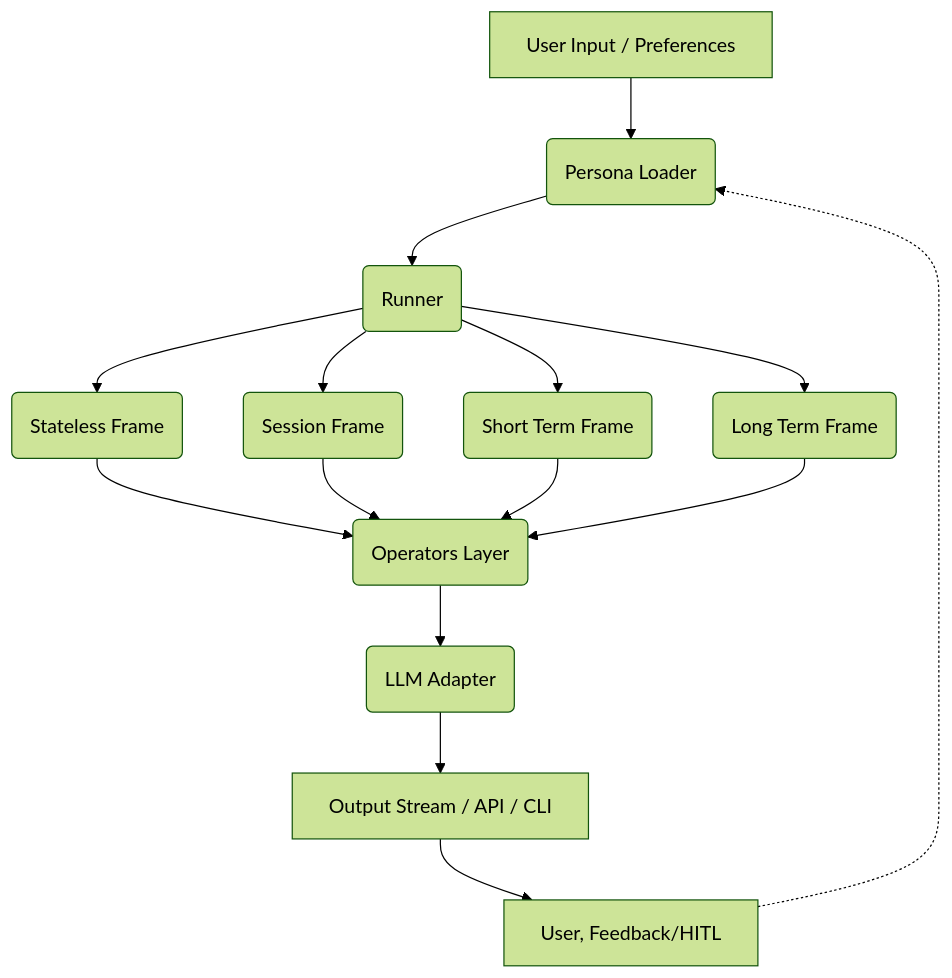
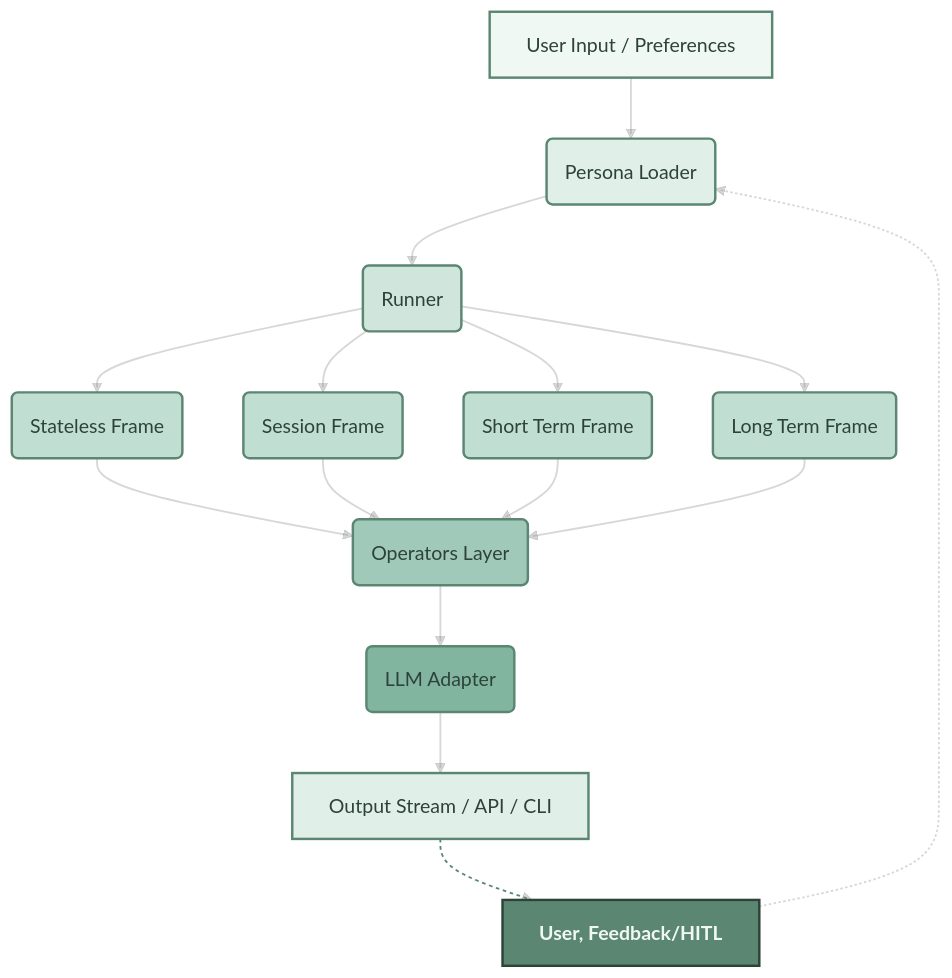
One commit to vedanta/rasa changed the first of 2 diagrams in PERSONA_DESIGN.md. Above: the diagram before and after it, drawn with Mermaid (forest theme).

````diff
--- a/PERSONA_DESIGN.md
+++ b/PERSONA_DESIGN.md
@@ -43,17 +43,55 @@
 ```mermaid
 flowchart TD
-    A[User Input / Preferences] --> B(Persona Loader)
-    B --> C(Runner)
-    C --> D1(Stateless Frame)
-    C --> D2(Session Frame)
-    C --> D3(Short Term Frame)
-    C --> D4(Long Term Frame)
+    %% Define color styles based on the provided green palette
+    classDef input fill:#f0f8f3,stroke:#5b8772,stroke-width:2px,color:#2d4339
+    classDef loader fill:#e0efe8,stroke:#5b8772,stroke-width:2px,color:#2d4339
+    classDef runner fill:#d0e6dd,stroke:#5b8772,stroke-width:2px,color:#2d4339
+    classDef frames fill:#c1ded3,stroke:#5b8772,stroke-width:2px,color:#2d4339
+    classDef operators fill:#a1c9b9,stroke:#5b8772,stroke-width:2px,color:#2d4339
+    classDef llm fill:#81b59f,stroke:#5b8772,stroke-width:2px,color:#2d4339
+    classDef output fill:#e0efe8,stroke:#5b8772,stroke-width:2px,color:#2d4339
+    classDef hitl fill:#5b8772,stroke:#2d4339,stroke-width:2px,color:#f0f8f3,font-weight:bold
+    
+    %% Core components with simplified flow
+    A[User Input / Preferences]
+    B(Persona Loader)
+    C(Runner)
+    D1(Stateless Frame)
+    D2(Session Frame)
+    D3(Short Term Frame)
+    D4(Long Term Frame)
+    E(Operators Layer)
+    F(LLM Adapter)
+    G[Output Stream / API / CLI]
+    H[User, Feedback/HITL]
+    
+    %% Flow connections
+    A --> B
+    B --> C
+    C --> D1
+    C --> D2
+    C --> D3
+    C --> D4
     D1 --> E
     D2 --> E
     D3 --> E
     D4 --> E
-    E(Operators Layer) --> F(LLM Adapter)
-    F --> G[Output Stream / API / CLI]
-    G --> H[User, Feedback/HITL]
+    E --> F
+    F --> G
+    G --> H
     H -.-> B
+    
+    %% Apply classes
+    class A input
+    class B loader
+    class C runner
+    class D1,D2,D3,D4 frames
+    class E operators
+    class F llm
+    class G output
+    class H hitl
+    
+    %% Link styling
+    linkStyle default stroke:#88888855,stroke-width:1.5px
+    linkStyle 12 stroke:#5b8772,stroke-width:1.5px,stroke-dasharray: 3 3
 ```
````
